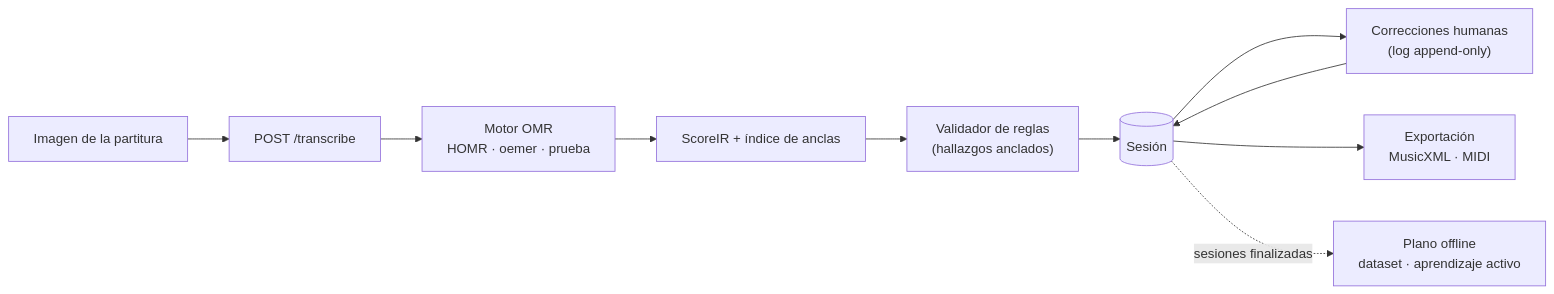
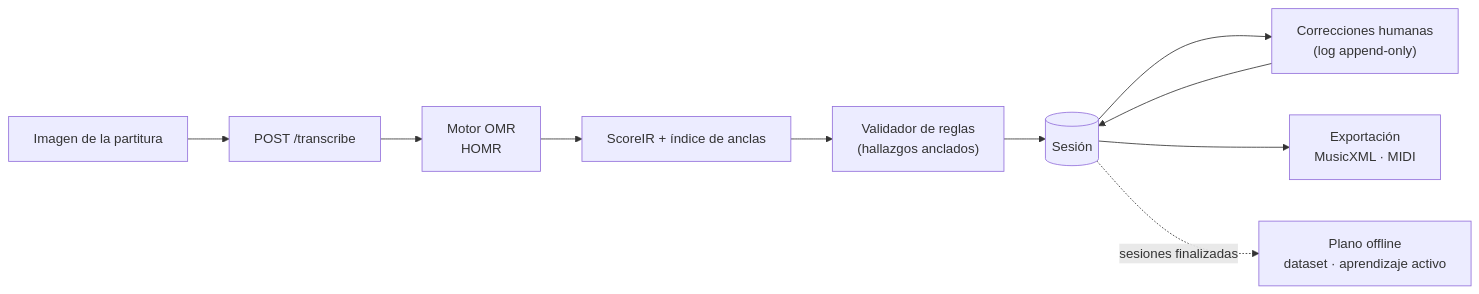
Before and after one commit to sebdavid3/Cadenza: the diagram in README.md, drawn with Mermaid. The commit also changed other lines of this file and 8 other files, not shown here.

First line of the commit message:
docs(docs): documentar HOMR como único motor y regenerar ejemplos con HOMR

````diff
--- a/README.md
+++ b/README.md
@@ -38,12 +38,12 @@
 ```mermaid
 flowchart LR
     img[Imagen de la partitura] --> T["POST /transcribe"]
-    T --> OMR["Motor OMR<br/>HOMR · oemer · prueba"]
+    T --> OMR["Motor OMR<br/>HOMR"]
     OMR --> IR["ScoreIR + índice de anclas"]
     IR --> V["Validador de reglas<br/>(hallazgos anclados)"]
     V --> S[(Sesión)]
     S --> E["Correcciones humanas<br/>(log append-only)"]
     E --> S
     S --> X["Exportación<br/>MusicXML · MIDI"]
     S -. sesiones finalizadas .-> OFF["Plano offline<br/>dataset · aprendizaje activo"]
 ```
````
